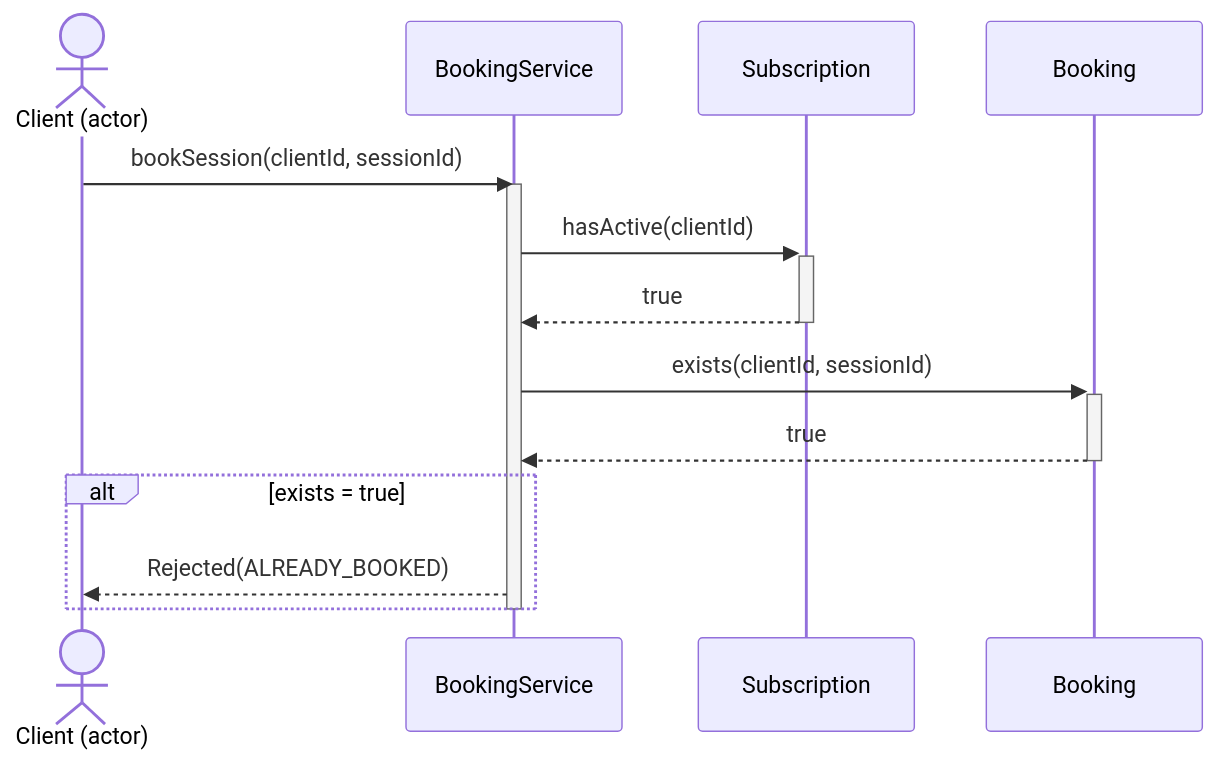
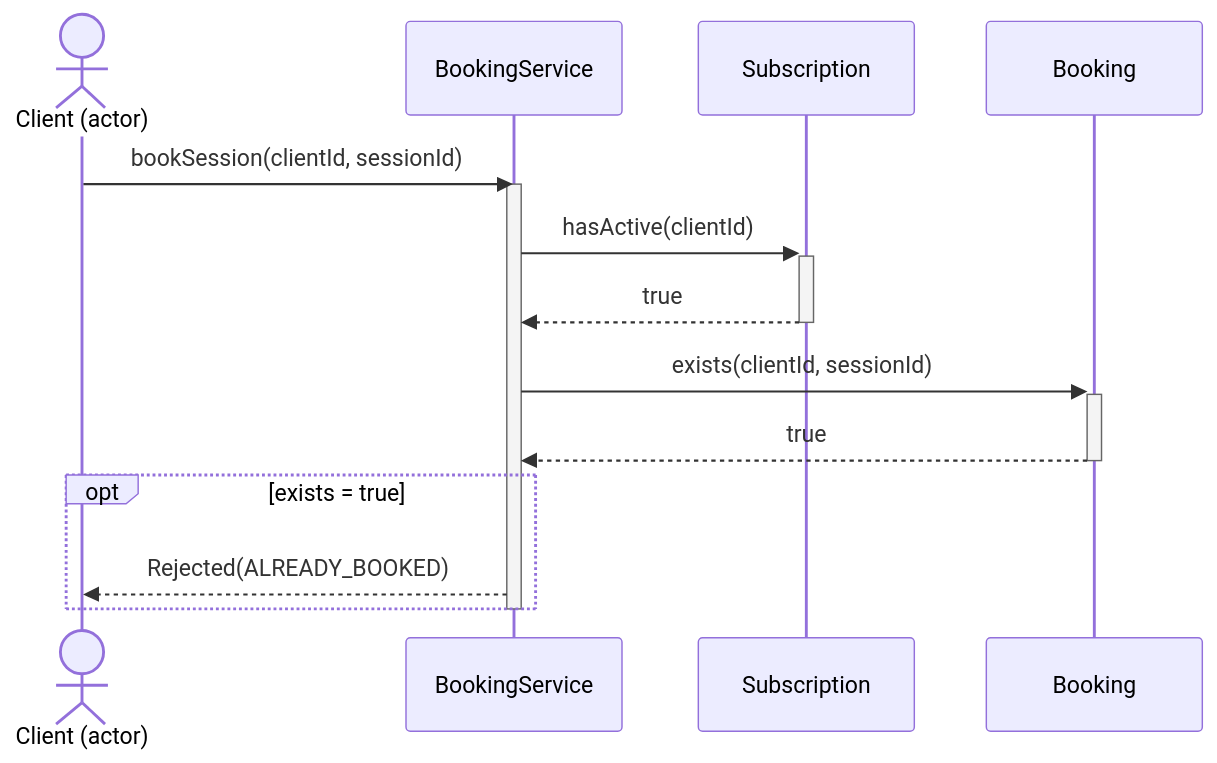
One commit to vanyadzygman/sec-kpi changed the diagram in lab3/diagrams/d6.mmd. Above: the diagram before and after it, drawn with Mermaid. The commit also changed 13 other files, not shown here.

Commit message:
diagrams: regenerate D1-D7

```diff
--- a/lab3/diagrams/d6.mmd
+++ b/lab3/diagrams/d6.mmd
@@ -1,16 +1,16 @@
 sequenceDiagram
     actor C as Client (actor)
     participant BS as BookingService
     participant Sub as Subscription
     participant B as Booking
 
     C->>BS: bookSession(clientId, sessionId)
     activate BS
     BS->>+Sub: hasActive(clientId)
     Sub-->>-BS: true
     BS->>+B: exists(clientId, sessionId)
     B-->>-BS: true
-    alt exists = true
+    opt exists = true
         BS-->>C: Rejected(ALREADY_BOOKED)
     end
     deactivate BS
```
